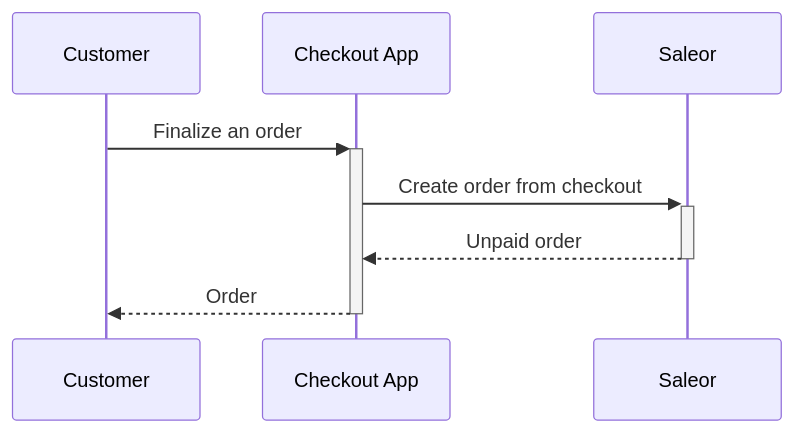
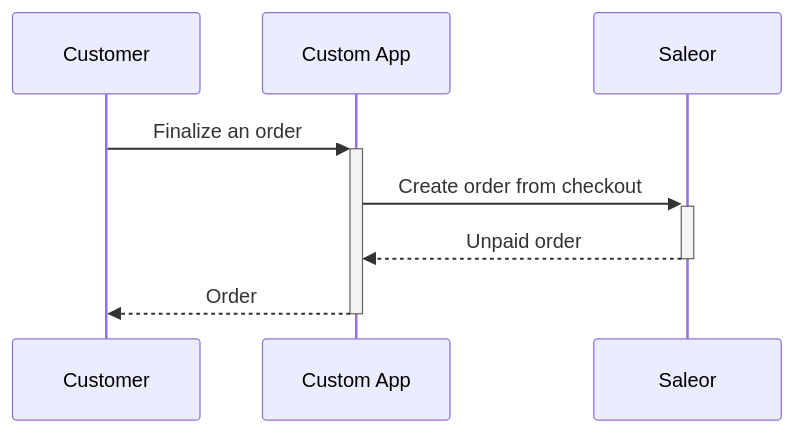
One commit to saleor/saleor-docs changed the fourth of 7 diagrams in docs/developer/checkout/finalizing.mdx. Above: the diagram before and after it, drawn with Mermaid. The commit also changed other lines of this file and 15 other files, not shown here.

````diff
--- a/docs/developer/checkout/finalizing.mdx
+++ b/docs/developer/checkout/finalizing.mdx
@@ -199,7 +199,7 @@
 ```mermaid
 sequenceDiagram
-    Customer->>+Checkout App: Finalize an order
-    Checkout App ->>+ Saleor: Create order from checkout
-    Saleor -->>- Checkout App: Unpaid order
-    Checkout App-->>-Customer: Order
+    Customer->>+Custom App: Finalize an order
+    Custom App ->>+ Saleor: Create order from checkout
+    Saleor -->>- Custom App: Unpaid order
+    Custom App-->>-Customer: Order
 ```
````
